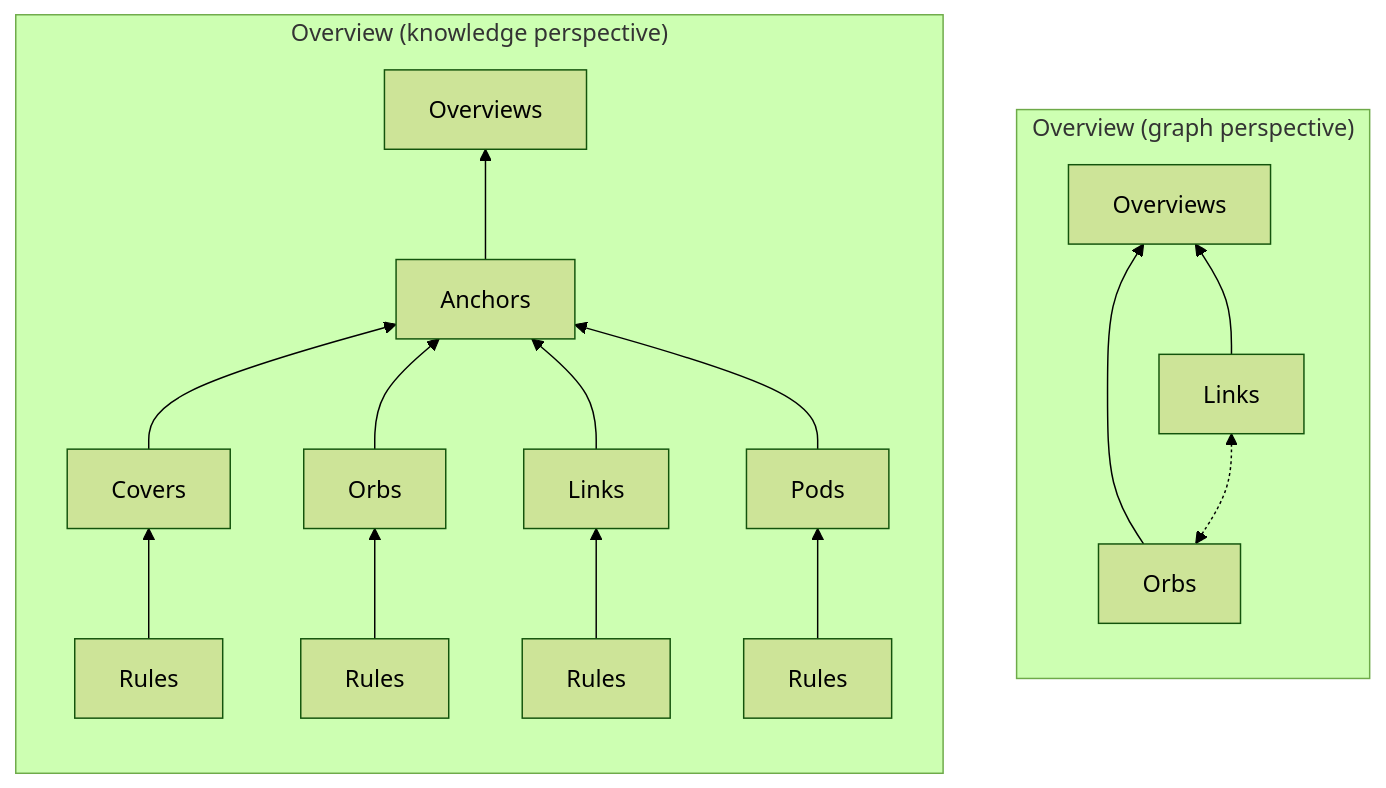
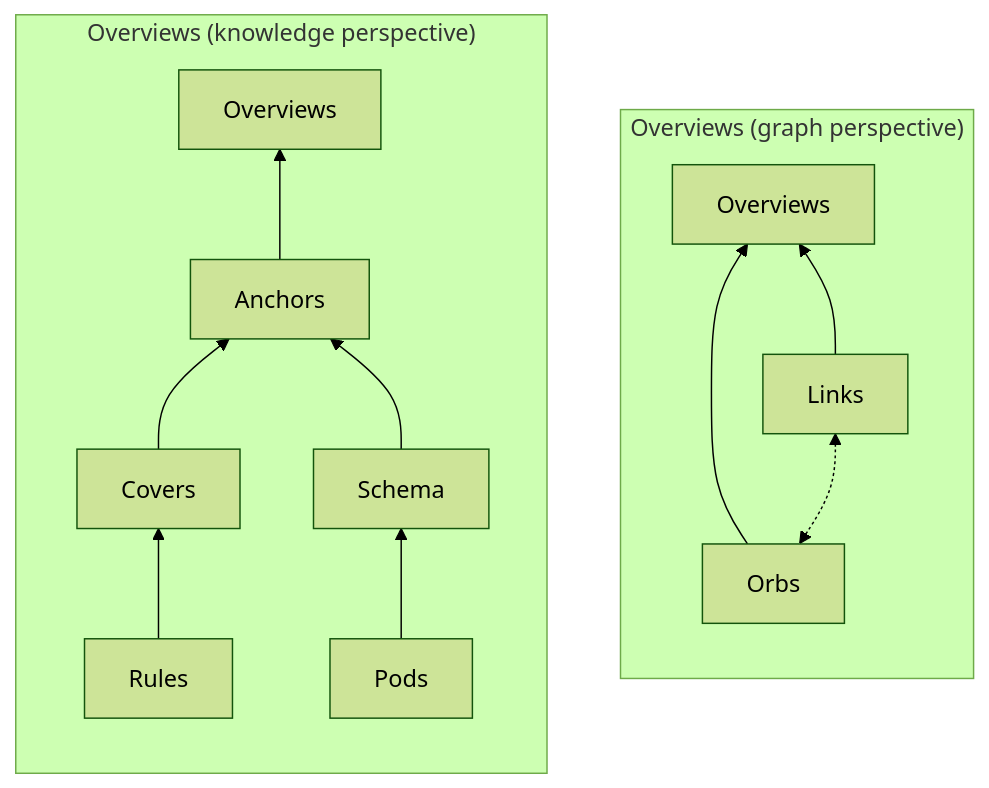
One commit to cosmic-knowledge/docs changed the diagram in overview/terminology.md. Above: the diagram before and after it, drawn with Mermaid (forest theme).

Commit message:
improve mermaid diagram

````diff
--- a/overview/terminology.md
+++ b/overview/terminology.md
@@ -3,26 +3,22 @@
 ```mermaid
 flowchart TD
-  subgraph "Overview (graph perspective)"
+  subgraph "Overviews (graph perspective)"
     direction BT
     overview1[Overviews]
 
     orb1[Orbs] --> overview1
     link1[Links] --> overview1
     orb1 <-.-> link1
   end
 
-  subgraph "Overview (knowledge perspective)"
+  subgraph "Overviews (knowledge perspective)"
     direction BT
     overview2[Overviews]
 
     anchor2[Anchors] --> overview2
     cover2[Covers] --> anchor2
-    orb2[Orbs] --> anchor2
-    link2[Links] --> anchor2
-    pod2[Pods] --> anchor2
+    schema2[Schema] --> anchor2
+    pod2[Pods] --> schema2
     rule2a[Rules] --> cover2
-    rule2b[Rules] --> orb2
-    rule2c[Rules] --> link2
-    rule2d[Rules] --> pod2
   end
 ```
````
